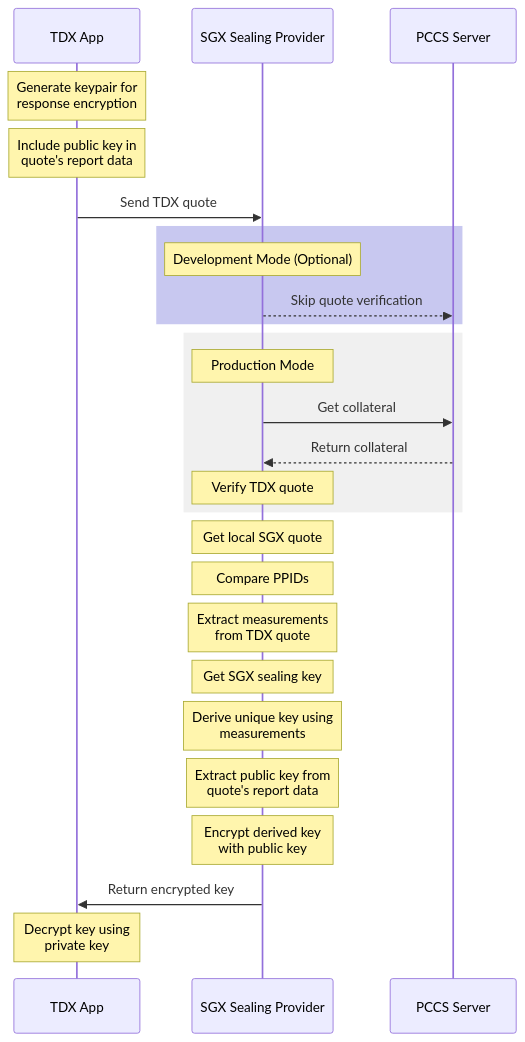
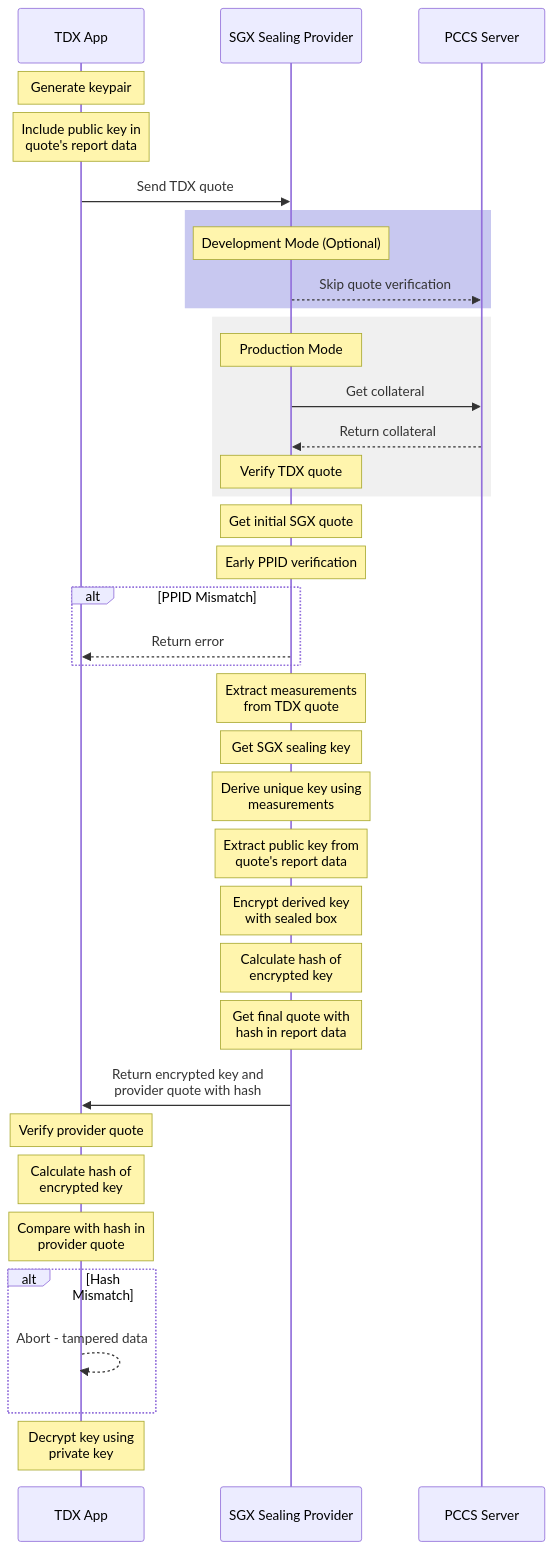
One commit to kvinwang/gramine-sealing-key-provider changed the diagram in README.md. Above: the diagram before and after it, drawn with Mermaid. The commit also changed other lines of this file and 9 other files, not shown here.

````diff
--- a/README.md
+++ b/README.md
@@ -21,32 +21,46 @@
 ```mermaid
 sequenceDiagram
     participant TDX as TDX App
     participant SGX as SGX Sealing Provider
     participant PCCS as PCCS Server
 
-    Note over TDX: Generate keypair for<br/>response encryption
+    Note over TDX: Generate keypair
     Note over TDX: Include public key in<br/>quote's report data
     TDX->>SGX: Send TDX quote
     
     rect rgb(200, 200, 240)
         Note over SGX: Development Mode (Optional)
         SGX-->>PCCS: Skip quote verification
     end
     
     rect rgb(240, 240, 240)
         Note over SGX: Production Mode
         SGX->>PCCS: Get collateral
         PCCS-->>SGX: Return collateral
         Note over SGX: Verify TDX quote
     end
     
-    Note over SGX: Get local SGX quote
-    Note over SGX: Compare PPIDs
+    Note over SGX: Get initial SGX quote
+    Note over SGX: Early PPID verification
+    alt PPID Mismatch
+        SGX-->>TDX: Return error
+    end
+    
     Note over SGX: Extract measurements<br/>from TDX quote
     Note over SGX: Get SGX sealing key
     Note over SGX: Derive unique key using<br/>measurements
     Note over SGX: Extract public key from<br/>quote's report data
-    Note over SGX: Encrypt derived key<br/>with public key
-    SGX->>TDX: Return encrypted key
+    Note over SGX: Encrypt derived key<br/>with sealed box
+    Note over SGX: Calculate hash of<br/>encrypted key
+    Note over SGX: Get final quote with<br/>hash in report data
+    
+    SGX->>TDX: Return encrypted key and<br/>provider quote with hash
+    
+    Note over TDX: Verify provider quote
+    Note over TDX: Calculate hash of<br/>encrypted key
+    Note over TDX: Compare with hash in<br/>provider quote
+    alt Hash Mismatch
+        TDX-->>TDX: Abort - tampered data
+    end
     Note over TDX: Decrypt key using<br/>private key
 ```
````
